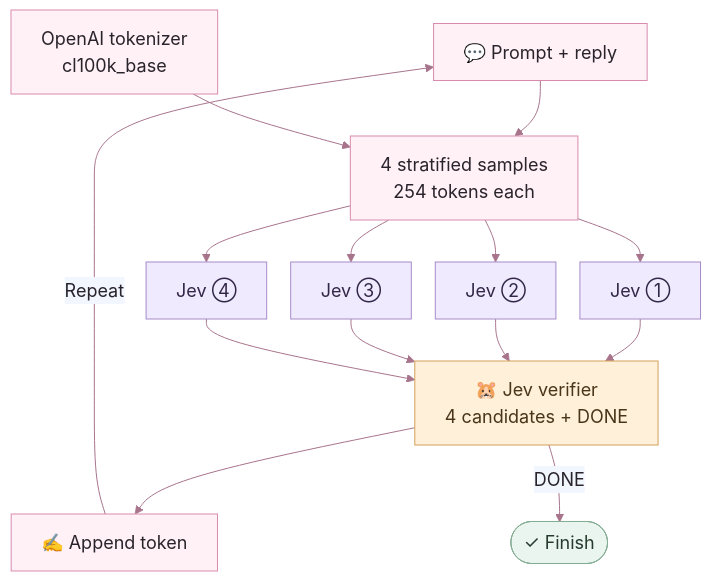
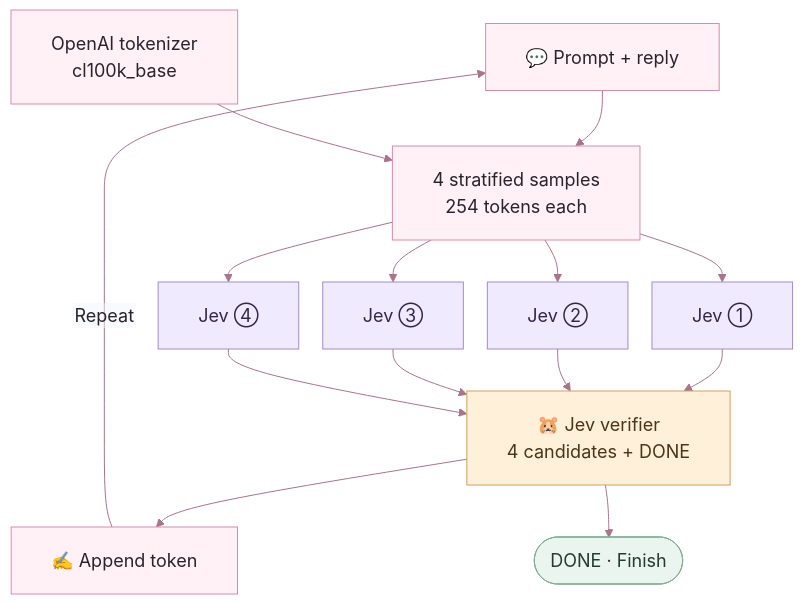
One commit to giga-james/jevgpt changed the diagram in README.md. Above: the diagram before and after it, drawn with Mermaid.

Commit message:
Prevent clipping of Mermaid diagram labels

````diff
--- a/README.md
+++ b/README.md
@@ -37,18 +37,18 @@
 ```mermaid
-%%{init: {"theme": "base", "flowchart": {"nodeSpacing": 24, "rankSpacing": 42, "curve": "basis"}, "themeVariables": {"primaryColor": "#fff1f6", "primaryTextColor": "#29232b", "primaryBorderColor": "#d88bad", "lineColor": "#a7748c", "fontFamily": "sans-serif", "fontSize": "18px"}}}%%
+%%{init: {"theme": "base", "flowchart": {"nodeSpacing": 24, "rankSpacing": 42, "curve": "basis", "htmlLabels": false, "padding": 20}, "themeVariables": {"primaryColor": "#fff1f6", "primaryTextColor": "#29232b", "primaryBorderColor": "#d88bad", "lineColor": "#a7748c", "fontFamily": "sans-serif", "fontSize": "18px"}}}%%
 flowchart TB
     C["💬 Prompt + reply"]
     O["OpenAI tokenizer<br/>cl100k_base"]
     C & O --> S["4 stratified samples<br/>254 tokens each"]
     S --> A["Jev ①"] & B["Jev ②"] & E["Jev ③"] & F["Jev ④"]
     A & B & E & F --> V["🐹 Jev verifier<br/>4 candidates + DONE"]
     V --> T["✍️ Append token"]
     T -- "Repeat" --> C
-    V -- "DONE" --> X(["✓ Finish"])
+    V --> X(["DONE · Finish"])
     classDef draft fill:#f0eaff,stroke:#a58bc9,color:#322747
     classDef verify fill:#fff0d9,stroke:#d3a05b,color:#493519
     classDef done fill:#eaf5ef,stroke:#86ad95,color:#263a2e
     class A,B,E,F draft
     class V verify
     class X done
 ```
````
